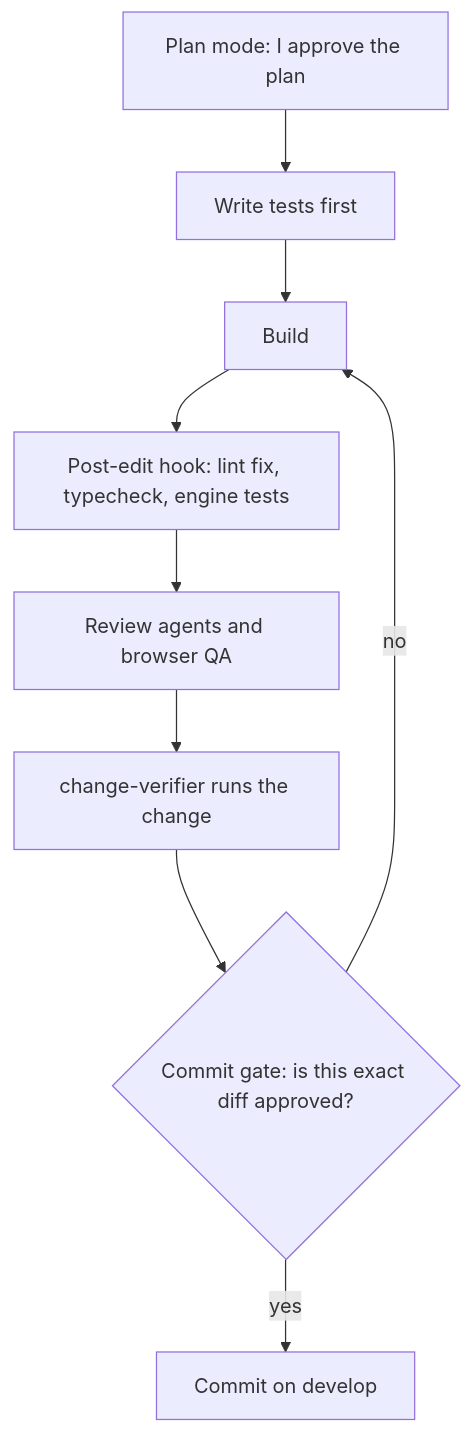
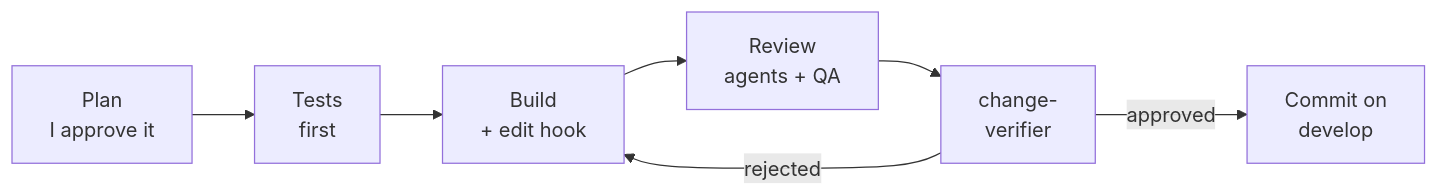
The second of 2 diagrams in README.md (VladyslavL02/packsmart), drawn with Mermaid before and after one commit. The commit also changed other lines of this file, not shown here.

Commit message:
Simplify README diagrams for GitHub (pre-deploy step 4)

````diff
--- a/README.md
+++ b/README.md
@@ -221,11 +215,9 @@
 ```mermaid
-flowchart TD
-  Plan["Plan mode: I approve the plan"] --> Tests["Write tests first"]
-  Tests --> Build["Build"]
-  Build --> Hook["Post-edit hook: lint fix, typecheck, engine tests"]
-  Hook --> Review["Review agents and browser QA"]
-  Review --> Verify["change-verifier runs the change"]
-  Verify --> Gate{"Commit gate: is this exact diff approved?"}
-  Gate -->|yes| Commit["Commit on develop"]
-  Gate -->|no| Build
+flowchart LR
+  Plan["Plan<br/>I approve it"] --> Tests["Tests<br/>first"]
+  Tests --> Build["Build<br/>+ edit hook"]
+  Build --> Review["Review<br/>agents + QA"]
+  Review --> Verify["change-<br/>verifier"]
+  Verify -->|approved| Commit["Commit on<br/>develop"]
+  Verify -->|rejected| Build
 ```
````
